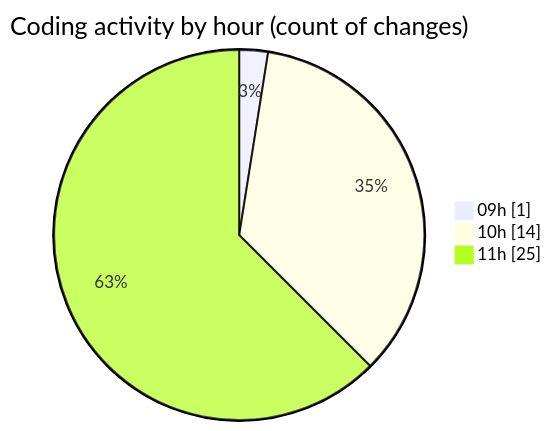
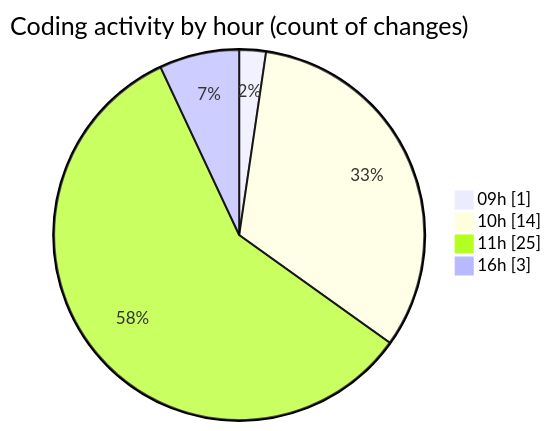
The second of 2 diagrams in 2025-05-07/niten/README.md (Elitesun/code-tracking), drawn with Mermaid before and after one commit. The commit also changed other lines of this file and 1 other file, not shown here.

````diff
--- a/2025-05-07/niten/README.md
+++ b/2025-05-07/niten/README.md
@@ -43,7 +43,8 @@
 ```mermaid
 pie showData
 title Coding activity by hour (count of changes)
 "09h" : 1
 "10h" : 14
 "11h" : 25
+"16h" : 3
 ```
````
